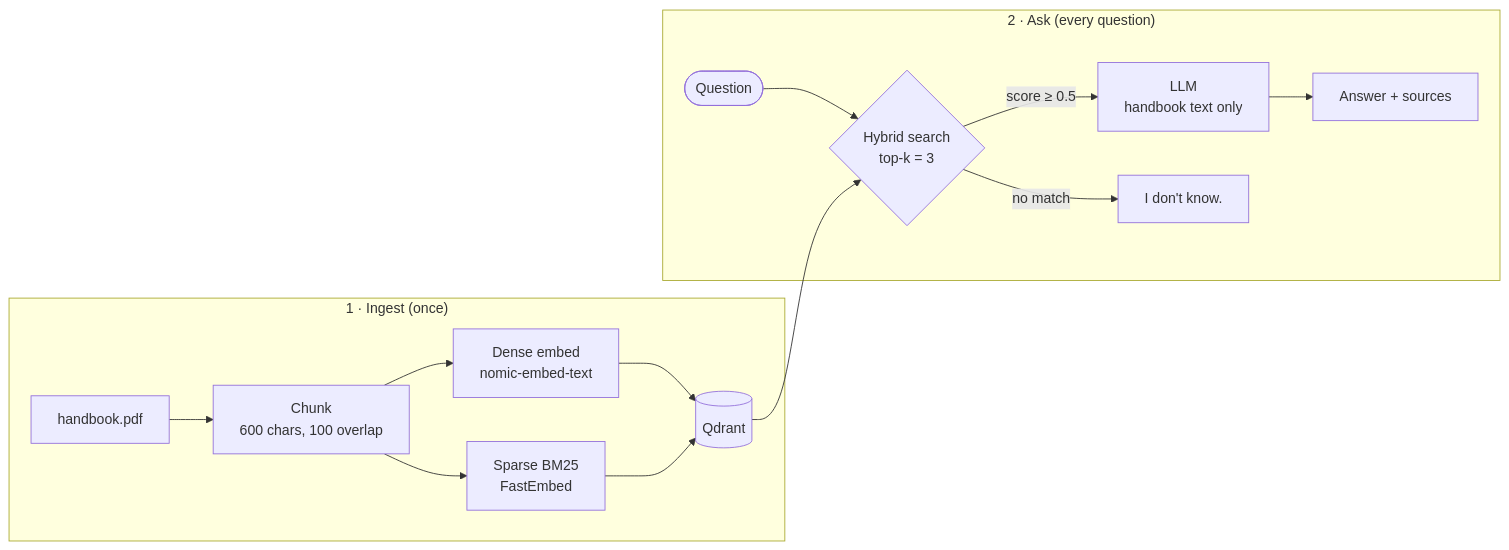
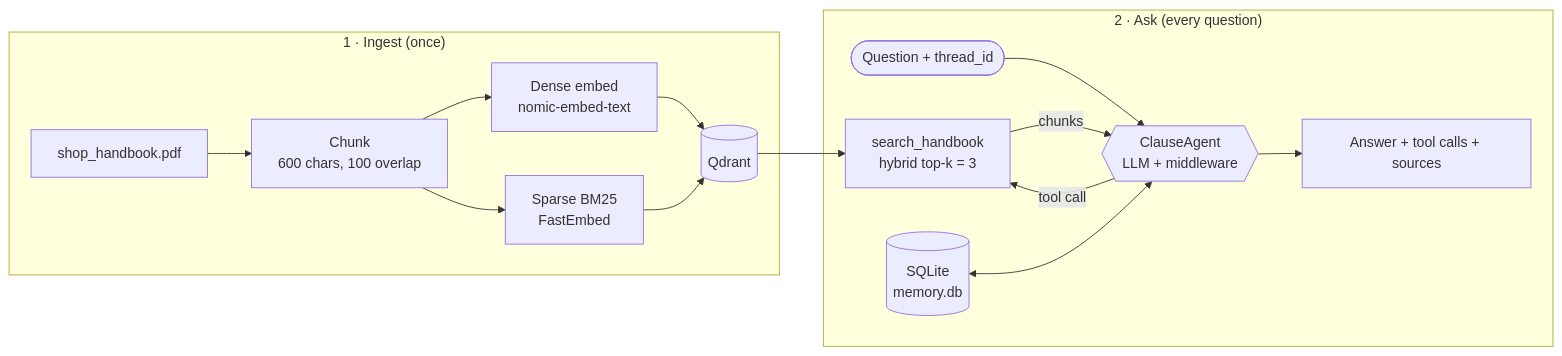
One commit to muhammadriaz9850/clause changed the diagram in README.md. Above: the diagram before and after it, drawn with Mermaid. The commit also changed other lines of this file and 1 other file, not shown here.

Commit message:
docs(readme): rewrite main and API READMEs for the ClauseAgent architecture

````diff
--- a/README.md
+++ b/README.md
@@ -9,18 +19,19 @@
 ```mermaid
 flowchart LR
     subgraph Ingest["1 · Ingest (once)"]
-        PDF[handbook.pdf] --> Chunk[Chunk<br/>600 chars, 100 overlap]
+        PDF[shop_handbook.pdf] --> Chunk[Chunk<br/>600 chars, 100 overlap]
         Chunk --> Dense[Dense embed<br/>nomic-embed-text]
         Chunk --> Sparse[Sparse BM25<br/>FastEmbed]
         Dense --> Q[(Qdrant)]
         Sparse --> Q
     end
 
     subgraph Ask["2 · Ask (every question)"]
-        User([Question]) --> Hybrid{Hybrid search<br/>top-k = 3}
-        Q --> Hybrid
-        Hybrid -- "score ≥ 0.5" --> LLM[LLM<br/>handbook text only]
-        Hybrid -- "no match" --> IDK[I don't know.]
-        LLM --> Out[Answer + sources]
+        User([Question + thread_id]) --> Agent{{ClauseAgent<br/>LLM + middleware}}
+        Agent -- "tool call" --> Tool[search_handbook<br/>hybrid top-k = 3]
+        Q --> Tool
+        Tool -- "chunks" --> Agent
+        Mem[(SQLite<br/>memory.db)] <--> Agent
+        Agent --> Out[Answer + tool calls + sources]
     end
 ```
````
